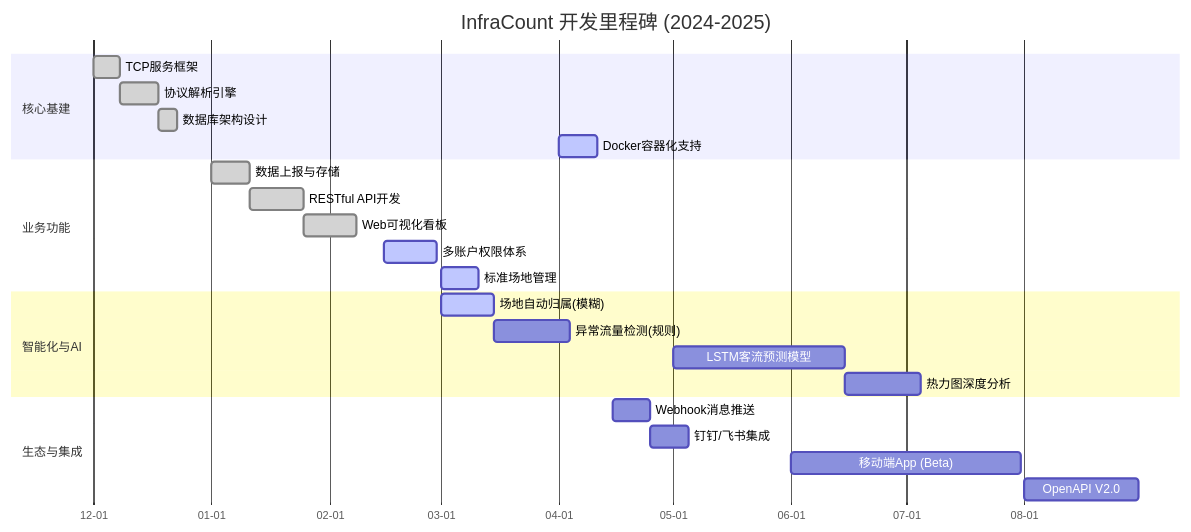
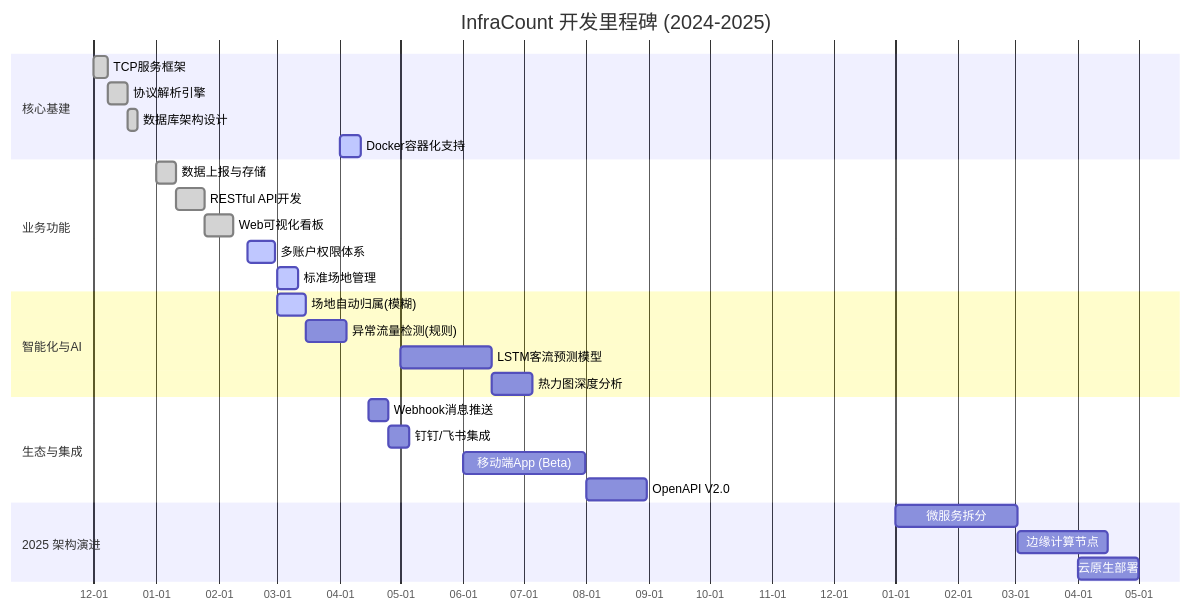
Before and after one commit to HF-CYGG/InfraCount: the second of 9 diagrams in README.md, drawn with Mermaid. The commit also changed other lines of this file, not shown here.

Commit message:
docs: 更新README添加项目发展历程和战略规划脑图

````diff
--- a/README.md
+++ b/README.md
@@ -116,36 +134,41 @@
 ```mermaid
 gantt
     title InfraCount 开发里程碑 (2024-2025)
     dateFormat  YYYY-MM-DD
     axisFormat  %m-%d
     
     %% 定义颜色
     %% classDef planned fill:#b71c1c,stroke:#fff,stroke-width:1px;
     %% classDef active fill:#e65100,stroke:#fff,stroke-width:1px;
     %% classDef done fill:#1b5e20,stroke:#fff,stroke-width:1px;
 
     section 核心基建
     TCP服务框架       :done,    core1, 2023-12-01, 7d
     协议解析引擎       :done,    core2, after core1, 10d
     数据库架构设计     :done,    core3, after core2, 5d
     Docker容器化支持  :active,  core4, 2024-04-01, 10d
 
     section 业务功能
     数据上报与存储     :done,    biz1,  2024-01-01, 10d
     RESTful API开发   :done,    biz2,  after biz1, 14d
     Web可视化看板      :done,    biz3,  after biz2, 14d
     多账户权限体系     :active,  biz4,  2024-02-15, 14d
     标准场地管理       :active,  biz5,  2024-03-01, 10d
 
     section 智能化与AI
     场地自动归属(模糊) :active,  ai1,   2024-03-01, 14d
     异常流量检测(规则) :         ai2,   after ai1, 20d
     LSTM客流预测模型   :         ai3,   2024-05-01, 45d
     热力图深度分析     :         ai4,   after ai3, 20d
 
     section 生态与集成
     Webhook消息推送    :         eco1,  2024-04-15, 10d
     钉钉/飞书集成      :         eco2,  after eco1, 10d
     移动端App (Beta)   :         eco3,  2024-06-01, 60d
     OpenAPI V2.0      :         eco4,  2024-08-01, 30d
+
+    section 2025 架构演进
+    微服务拆分        :         arch1, 2025-01-01, 60d
+    边缘计算节点      :         arch2, after arch1, 45d
+    云原生部署        :         arch3, 2025-04-01, 30d
 ```
````
